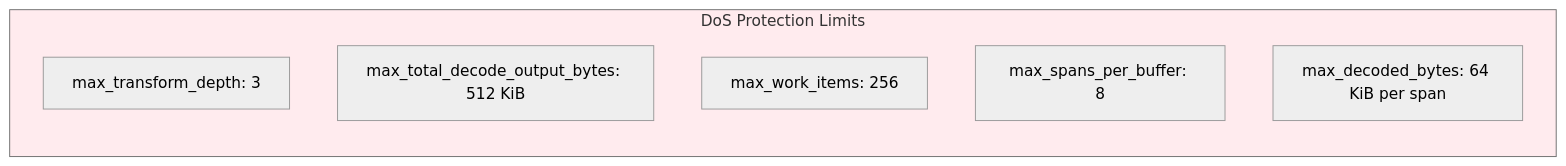
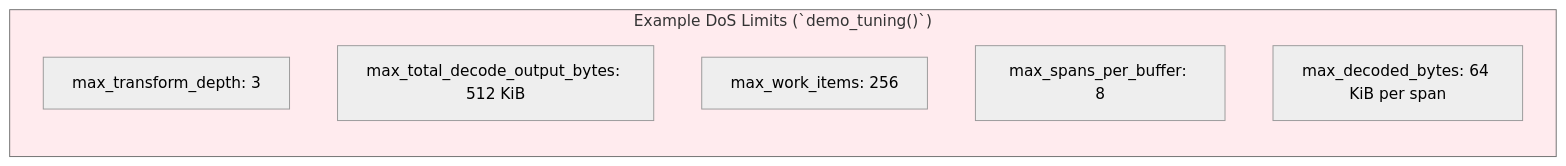
Before and after one commit to ahrav/Gossip-rs: the second of 7 diagrams in docs/scanner-engine/transform-chain.md, drawn with Mermaid (neutral theme). The commit also changed other lines of this file and 2 other files, not shown here.

````diff
--- a/docs/scanner-engine/transform-chain.md
+++ b/docs/scanner-engine/transform-chain.md
@@ -116,12 +120,12 @@
 ```mermaid
 graph LR
-    subgraph Limits["DoS Protection Limits"]
+    subgraph Limits["Example DoS Limits (`demo_tuning()`)"]
         MaxDepth["max_transform_depth: 3"]
         MaxOutput["max_total_decode_output_bytes: 512 KiB"]
         MaxItems["max_work_items: 256"]
         MaxSpans["max_spans_per_buffer: 8"]
         MaxDecoded["max_decoded_bytes: 64 KiB per span"]
     end
 
     style Limits fill:#ffebee
 ```
````
